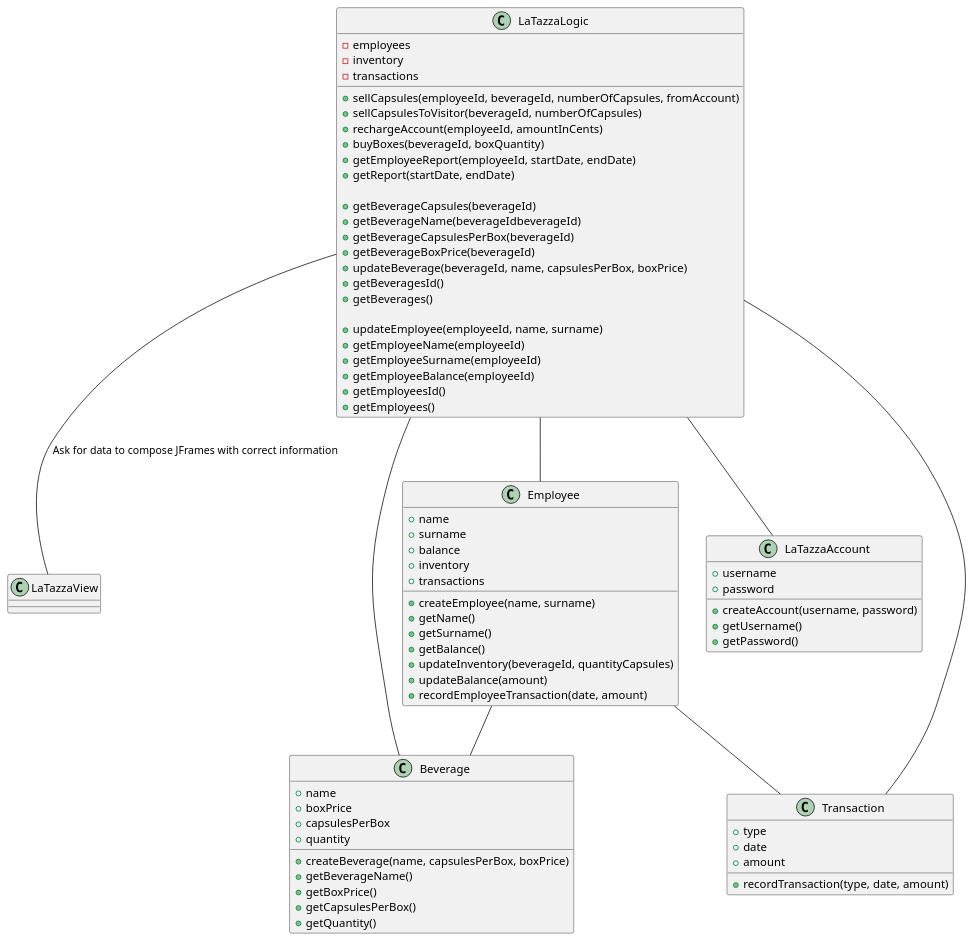
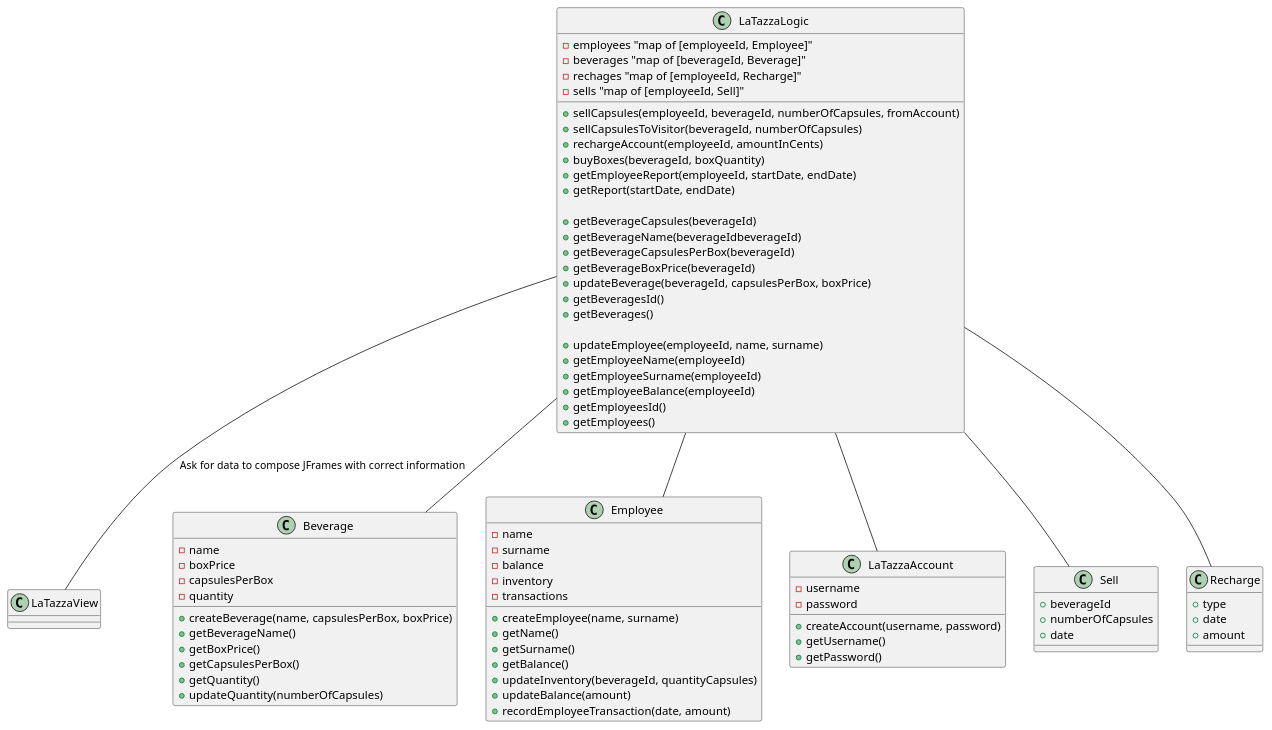
One commit to SimoneDutto/LaTazza changed the second of 3 diagrams in templates/DesignDocumentTemplate.md. Above: the diagram before and after it, drawn with PlantUML. The commit also changed other lines of this file, not shown here.

Commit message:
Update ClassDiagram

````diff
--- a/templates/DesignDocumentTemplate.md
+++ b/templates/DesignDocumentTemplate.md
@@ -40,9 +40,10 @@
 
 
 class LaTazzaLogic{
-- employees
-- inventory
-- transactions
+- employees "map of [employeeId, Employee]"
+- beverages "map of [beverageId, Beverage]"
+- rechages "map of [employeeId, Recharge]"
+- sells "map of [employeeId, Sell]"
 
 {method} + sellCapsules(employeeId, beverageId, numberOfCapsules, fromAccount)
 {method} + sellCapsulesToVisitor(beverageId, numberOfCapsules)
@@ -55,7 +56,7 @@
 {method} + getBeverageName(beverageIdbeverageId)
 {method} + getBeverageCapsulesPerBox(beverageId)
 {method} + getBeverageBoxPrice(beverageId)
-{method} + updateBeverage(beverageId, name, capsulesPerBox, boxPrice)
+{method} + updateBeverage(beverageId, capsulesPerBox, boxPrice)
 {method} + getBeveragesId()
 {method} + getBeverages()
 
@@ -68,24 +69,25 @@
 }
 
 class Beverage {
-+ name
-+ boxPrice
-+ capsulesPerBox
-+ quantity
+- name
+- boxPrice
+- capsulesPerBox
+- quantity
 
 {method} + createBeverage(name, capsulesPerBox, boxPrice)
 {method} + getBeverageName()
 {method} + getBoxPrice()
 {method} + getCapsulesPerBox()
 {method} + getQuantity()
+{method} + updateQuantity(numberOfCapsules)
 }
 
 class Employee {
-+ name
-+ surname
-+ balance
-+ inventory
-+ transactions
+- name
+- surname
+- balance
+- inventory
+- transactions
 
 {method} + createEmployee(name, surname)
 {method} + getName()
@@ -97,31 +99,36 @@
 }
 
 class LaTazzaAccount {
-+ username
-+ password
+- username
+- password
 
 {method} + createAccount(username, password)
 {method} + getUsername()
 {method} + getPassword()
 }
 
-class Transaction {
+class Sell{
++ beverageId
++ numberOfCapsules
++ date
+}
+
+class Recharge {
 + type
 + date
 + amount
-
-{method} + recordTransaction(type, date, amount)
 }
 
 LaTazzaLogic -- LaTazzaView : "Ask for data to compose JFrames with correct information"
 
 LaTazzaLogic -- LaTazzaAccount
 LaTazzaLogic -- Employee
-LaTazzaLogic -- Transaction
+LaTazzaLogic -- Recharge
 LaTazzaLogic -- Beverage
+LaTazzaLogic -- Sell
 
-Employee -- Beverage
-Employee -- Transaction
+
+
 
 
 ```
````
